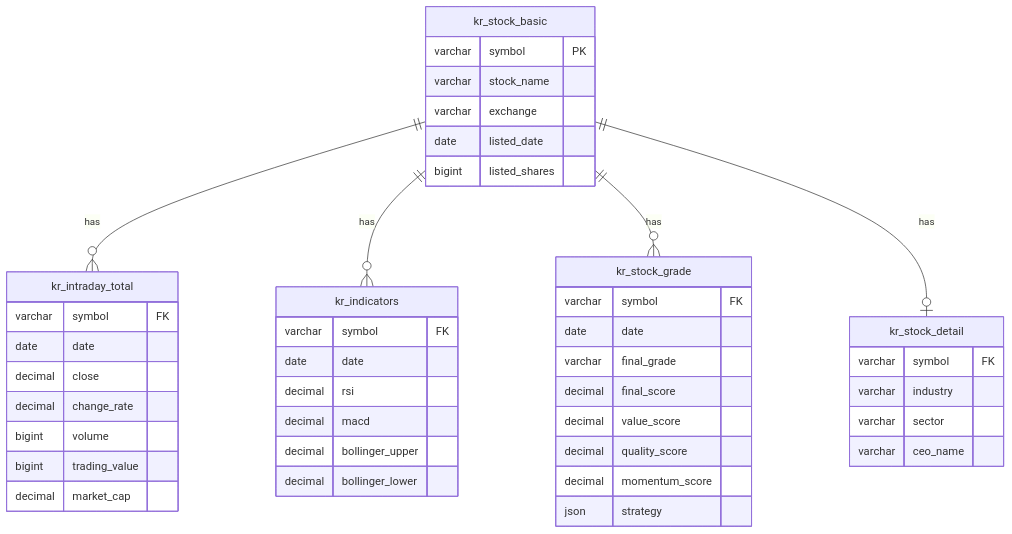
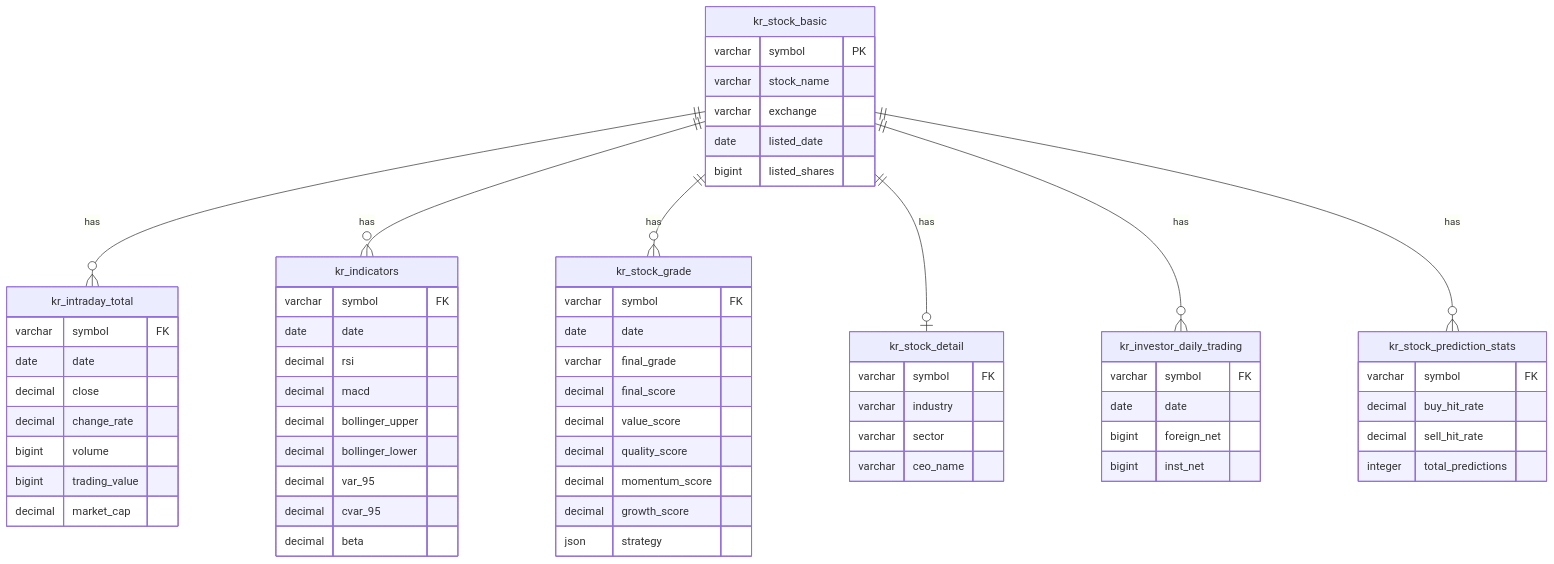
One commit to vinjung/alphafolio_overview changed diagram 12 of 14 in README.md. Above: the diagram before and after it, drawn with Mermaid. The commit also changed other lines of this file, not shown here.

````diff
--- a/README.md
+++ b/README.md
@@ -257,52 +669,72 @@
 ```mermaid
 erDiagram
     kr_stock_basic ||--o{ kr_intraday_total : has
     kr_stock_basic ||--o{ kr_indicators : has
     kr_stock_basic ||--o{ kr_stock_grade : has
     kr_stock_basic ||--o| kr_stock_detail : has
+    kr_stock_basic ||--o{ kr_investor_daily_trading : has
+    kr_stock_basic ||--o{ kr_stock_prediction_stats : has
 
     kr_stock_basic {
         varchar symbol PK
         varchar stock_name
         varchar exchange
         date listed_date
         bigint listed_shares
     }
 
     kr_intraday_total {
         varchar symbol FK
         date date
         decimal close
         decimal change_rate
         bigint volume
         bigint trading_value
         decimal market_cap
     }
 
     kr_indicators {
         varchar symbol FK
         date date
         decimal rsi
         decimal macd
         decimal bollinger_upper
         decimal bollinger_lower
+        decimal var_95
+        decimal cvar_95
+        decimal beta
     }
 
     kr_stock_grade {
         varchar symbol FK
         date date
         varchar final_grade
         decimal final_score
         decimal value_score
         decimal quality_score
         decimal momentum_score
+        decimal growth_score
         json strategy
     }
 
     kr_stock_detail {
         varchar symbol FK
         varchar industry
         varchar sector
         varchar ceo_name
     }
+
+    kr_investor_daily_trading {
+        varchar symbol FK
+        date date
+        bigint foreign_net
+        bigint inst_net
+    }
+
+    kr_stock_prediction_stats {
+        varchar symbol FK
+        decimal buy_hit_rate
+        decimal sell_hit_rate
+        integer total_predictions
+    }
 ```
````
